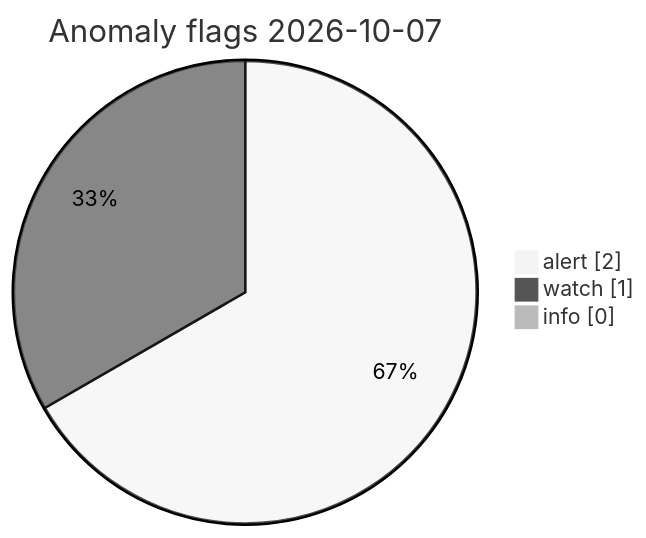
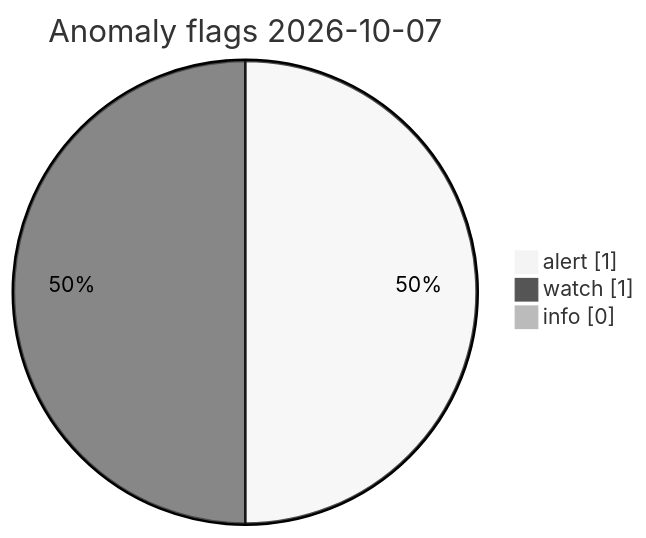
Before and after one commit to Midwest-Stratospheric/Unified-Open-Global-Weather: the diagram in visuals/2026-10-07/CHARTS.md, drawn with Mermaid (neutral theme). The commit also changed other lines of this file and 13 other files, not shown here.

Commit message:
data(visuals): automated charts 2026-10-07T16:49Z

````diff
--- a/visuals/2026-10-07/CHARTS.md
+++ b/visuals/2026-10-07/CHARTS.md
@@ -73,7 +73,7 @@
 ```mermaid
 pie showData
   title Anomaly flags 2026-10-07
-  "alert" : 2
+  "alert" : 1
   "watch" : 1
   "info" : 0
 ```
````
